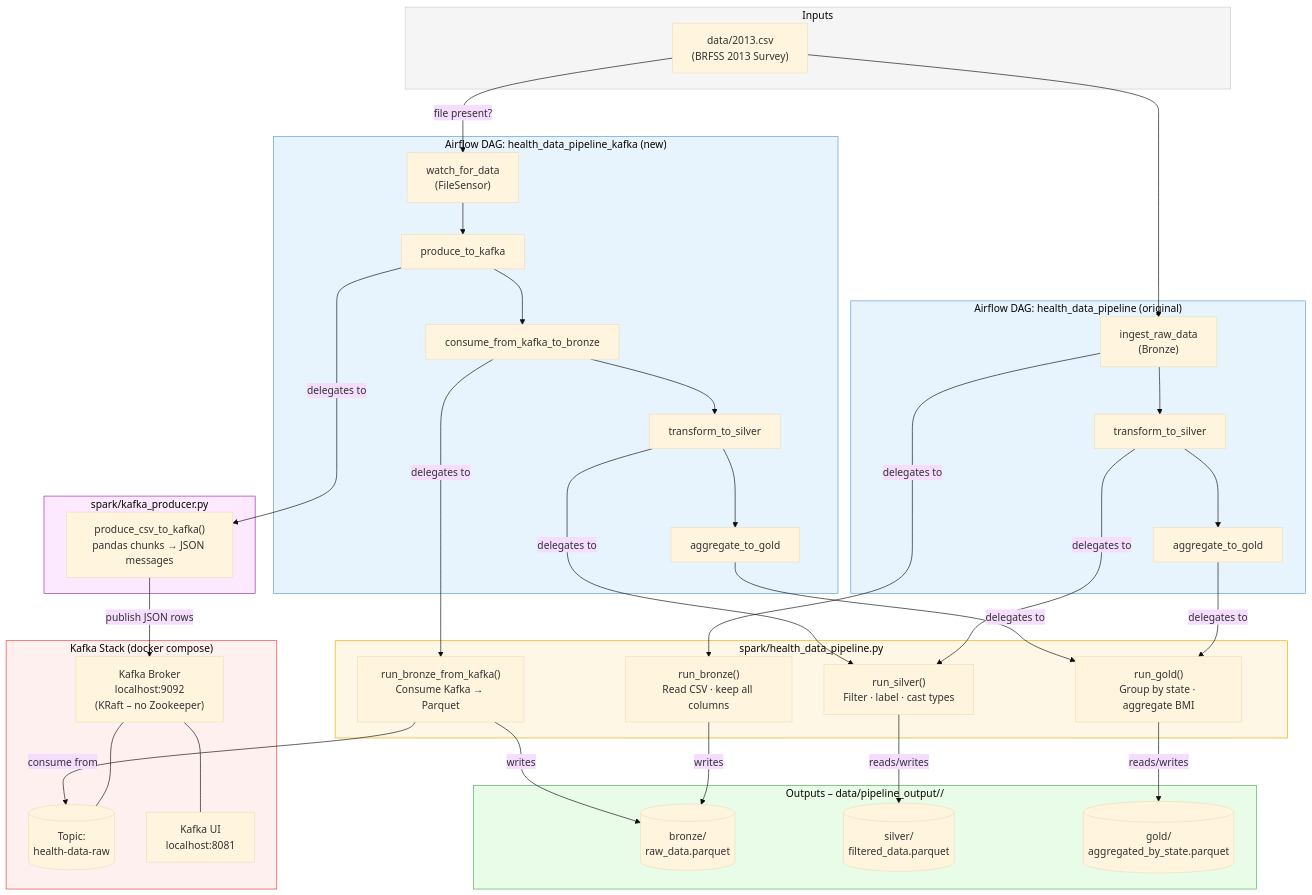
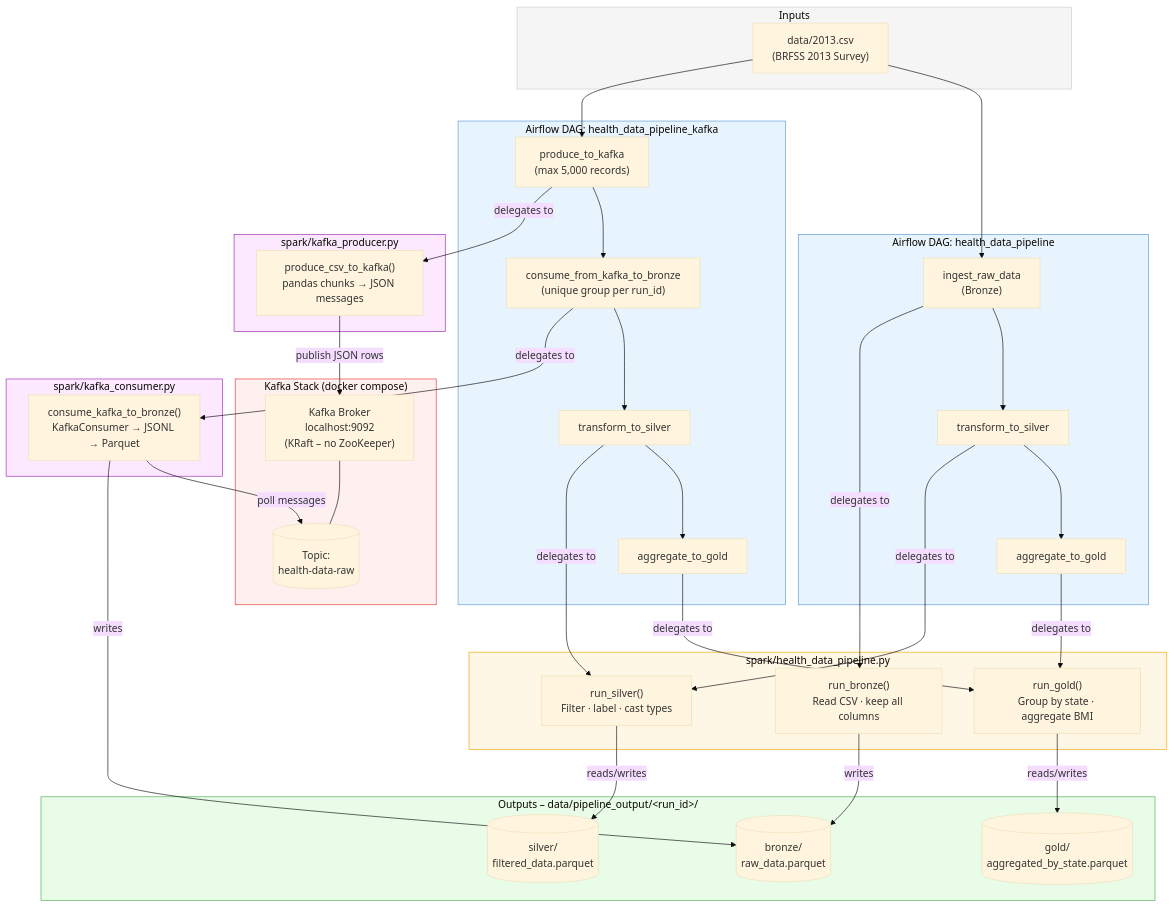
The diagram in pipeline_flow.md (justynadanielas/cdc-data-analysis), drawn with Mermaid (base theme) before and after one commit.

Commit message:
update architecture diagram

````diff
--- a/pipeline_flow.md
+++ b/pipeline_flow.md
@@ -1,76 +1,79 @@
 ```mermaid
 flowchart TD
     subgraph inputs["Inputs"]
         CSV["data/2013.csv<br/>(BRFSS 2013 Survey)"]
     end
 
     subgraph kafka_stack["Kafka Stack (docker compose)"]
-        BROKER["Kafka Broker<br/>localhost:9092<br/>(KRaft – no Zookeeper)"]
+        BROKER["Kafka Broker<br/>localhost:9092<br/>(KRaft – no ZooKeeper)"]
         TOPIC[("Topic:<br/>health-data-raw")]
-        UI["Kafka UI<br/>localhost:8081"]
         BROKER --- TOPIC
-        BROKER --- UI
     end
 
-    subgraph dag_direct["Airflow DAG: health_data_pipeline (original)"]
+    subgraph dag_direct["Airflow DAG: health_data_pipeline"]
         T1["ingest_raw_data<br/>(Bronze)"]
         T2_d["transform_to_silver"]
         T3_d["aggregate_to_gold"]
         T1 --> T2_d --> T3_d
     end
 
-    subgraph dag_kafka["Airflow DAG: health_data_pipeline_kafka (new)"]
-        FS["watch_for_data<br/>(FileSensor)"]
-        P["produce_to_kafka"]
-        C["consume_from_kafka_to_bronze"]
+    subgraph dag_kafka["Airflow DAG: health_data_pipeline_kafka"]
+        P["produce_to_kafka<br/>(max 5,000 records)"]
+        C["consume_from_kafka_to_bronze<br/>(unique group per run_id)"]
         T2_k["transform_to_silver"]
         T3_k["aggregate_to_gold"]
-        FS --> P --> C --> T2_k --> T3_k
+        P --> C --> T2_k --> T3_k
     end
 
-    subgraph spark_module["spark/health_data_pipeline.py"]
+    subgraph spark_core["spark/health_data_pipeline.py"]
         S1["run_bronze()<br/>Read CSV · keep all columns"]
-        S1K["run_bronze_from_kafka()<br/>Consume Kafka → Parquet"]
         S2["run_silver()<br/>Filter · label · cast types"]
         S3["run_gold()<br/>Group by state · aggregate BMI"]
     end
 
     subgraph producer_module["spark/kafka_producer.py"]
         PROD["produce_csv_to_kafka()<br/>pandas chunks → JSON messages"]
     end
 
-    subgraph storage["Outputs – data/pipeline_output/<run_id>/"]
+    subgraph consumer_module["spark/kafka_consumer.py"]
+        CONS["consume_kafka_to_bronze()<br/>KafkaConsumer → JSONL → Parquet"]
+    end
+
+    subgraph storage["Outputs – data/pipeline_output/&lt;run_id&gt;/"]
         B[("bronze/<br/>raw_data.parquet")]
         SL[("silver/<br/>filtered_data.parquet")]
         G[("gold/<br/>aggregated_by_state.parquet")]
     end
 
     %% Direct path
     CSV --> T1
     T1 -- "delegates to" --> S1
     T2_d -- "delegates to" --> S2
     T3_d -- "delegates to" --> S3
 
     %% Kafka path
-    CSV -- "file present?" --> FS
+    CSV --> P
     P -- "delegates to" --> PROD
     PROD -- "publish JSON rows" --> BROKER
-    C -- "delegates to" --> S1K
-    S1K -- "consume from" --> TOPIC
+    C -- "delegates to" --> CONS
+    CONS -- "poll messages" --> TOPIC
+
+    %% Shared Silver/Gold (both DAGs)
     T2_k -- "delegates to" --> S2
     T3_k -- "delegates to" --> S3
 
-    %% Shared writes
+    %% Writes
     S1 -- "writes" --> B
-    S1K -- "writes" --> B
+    CONS -- "writes" --> B
     S2 -- "reads/writes" --> SL
     S3 -- "reads/writes" --> G
 
     style inputs fill:#f5f5f5,stroke:#ccc
     style kafka_stack fill:#fff0f0,stroke:#e53935
     style dag_direct fill:#e8f4fd,stroke:#5b9bd5
     style dag_kafka fill:#e8f4fd,stroke:#5b9bd5
-    style spark_module fill:#fff7e6,stroke:#f0a500
+    style spark_core fill:#fff7e6,stroke:#f0a500
     style producer_module fill:#fce8ff,stroke:#9c27b0
+    style consumer_module fill:#fce8ff,stroke:#9c27b0
     style storage fill:#e8fce8,stroke:#4caf50
 ```
````
